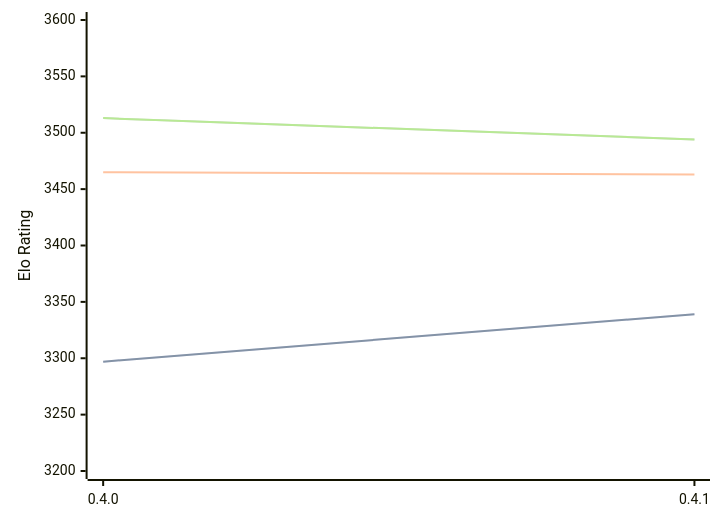
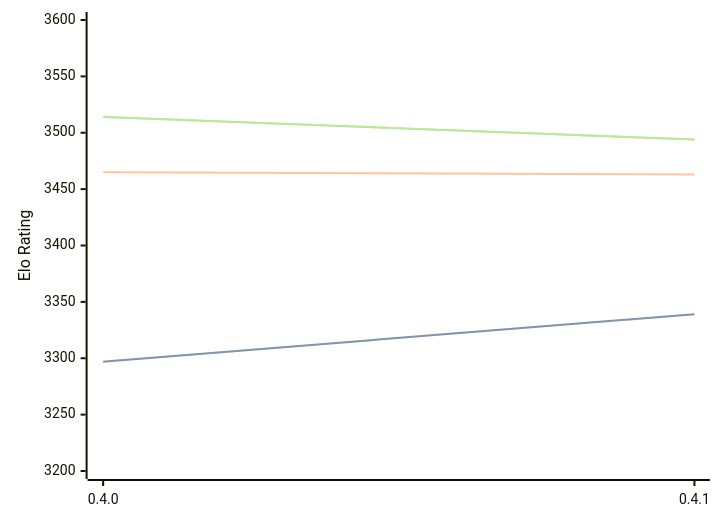
Before and after one commit to computer-chess-index/cci: the first of 3 diagrams in engines/Cinder.md, drawn with Mermaid. The commit also changed other lines of this file, not shown here.

Commit message:
Update CCI Ratings (ELO VLTC) - 2026-06-30

````diff
--- a/engines/Cinder.md
+++ b/engines/Cinder.md
@@ -40,11 +40,11 @@
 ```mermaid
 %%{init: {"theme":"base","themeVariables":{"seriesColors:['#a3a3a3','#222221','#faa371']}}}%%
 xychart-beta
   x-axis ["0.4.0", "0.4.1"]
   y-axis "Elo Rating" 3200 --> 3600
   line "STC (8.0+0.08s)" [3297, 3339]
   line "STC (8.0+0.08s)" [3297, 3339]
   line "LTC (60.0+0.60s)" [3465, 3463]
-  line "VLTC (2m24s+1.12s)" [3513, 3494]
-  line "VLTC (2m24s+1.12s)" [3513, 3494]
+  line "VLTC (2m24s+1.12s)" [3514, 3494]
+  line "VLTC (2m24s+1.12s)" [3514, 3494]
 ```
````
